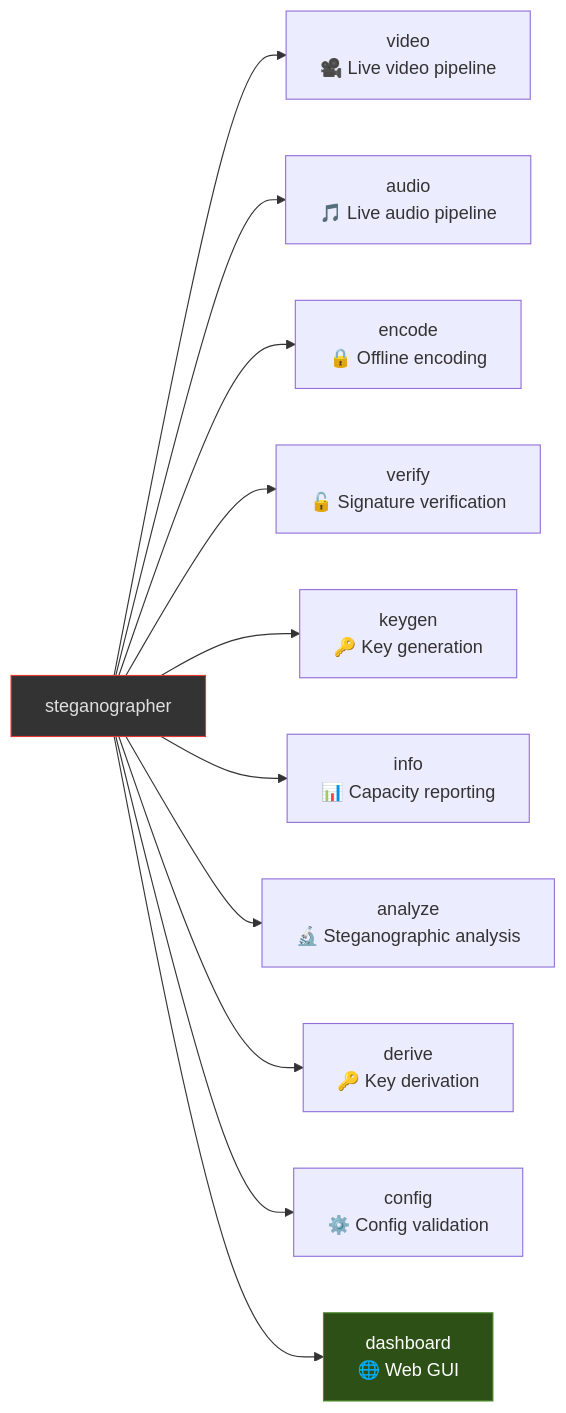
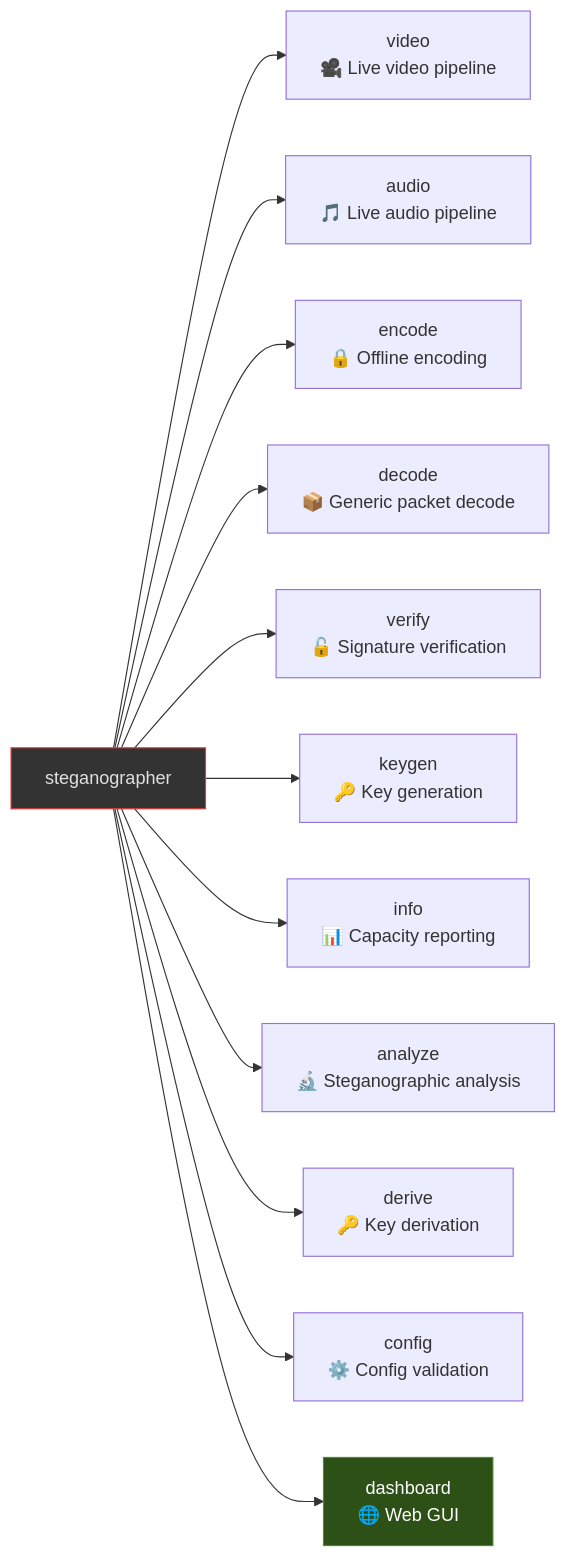
One commit to docxology/steganographer changed the diagram in docs/cli-reference.md. Above: the diagram before and after it, drawn with Mermaid. The commit also changed other lines of this file and 70 other files, not shown here.

````diff
--- a/docs/cli-reference.md
+++ b/docs/cli-reference.md
@@ -9,15 +9,16 @@
 ```mermaid
 flowchart LR
     CLI["steganographer"] --> VIDEO["video\n🎥 Live video pipeline"]
     CLI --> AUDIO["audio\n🎵 Live audio pipeline"]
     CLI --> ENCODE["encode\n🔒 Offline encoding"]
+    CLI --> DECODE["decode\n📦 Generic packet decode"]
     CLI --> VERIFY["verify\n🔓 Signature verification"]
     CLI --> KEYGEN["keygen\n🔑 Key generation"]
     CLI --> INFO["info\n📊 Capacity reporting"]
     CLI --> ANALYZE["analyze\n🔬 Steganographic analysis"]
     CLI --> DERIVE["derive\n🔑 Key derivation"]
     CLI --> CONFIG["config\n⚙️ Config validation"]
     CLI --> DASH["dashboard\n🌐 Web GUI"]
     style CLI fill:#333,stroke:#e53935,color:#e0e0e0
     style DASH fill:#2d5016,stroke:#4a8c2a,color:#fff
 ```
````
